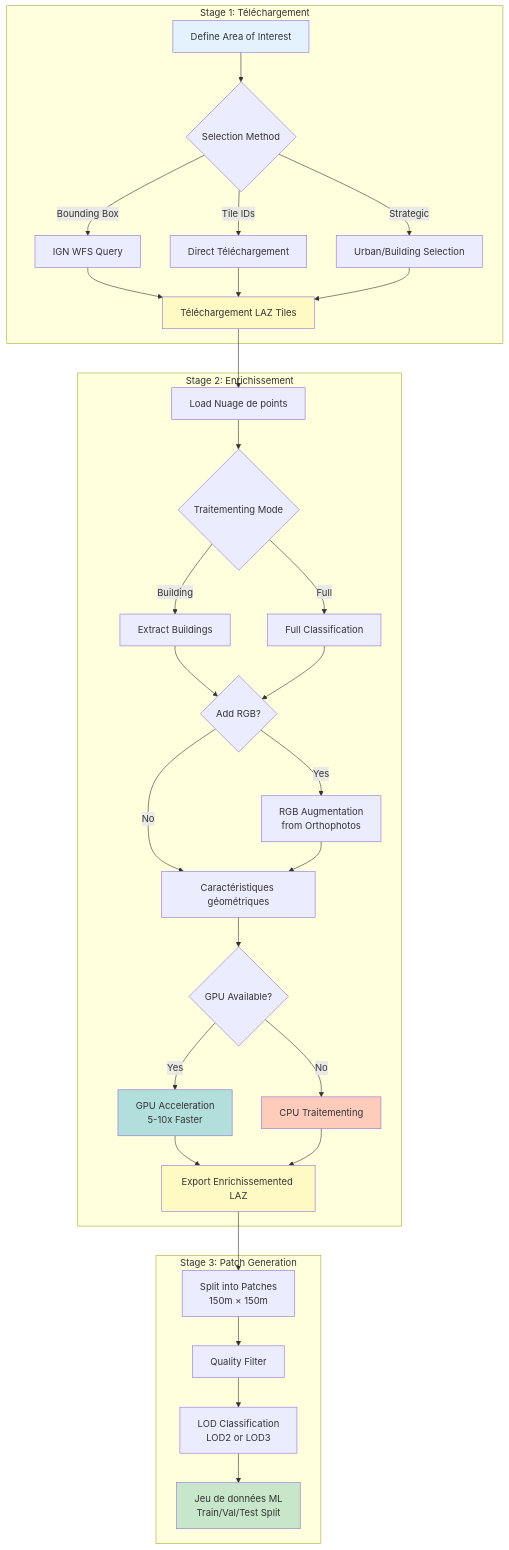
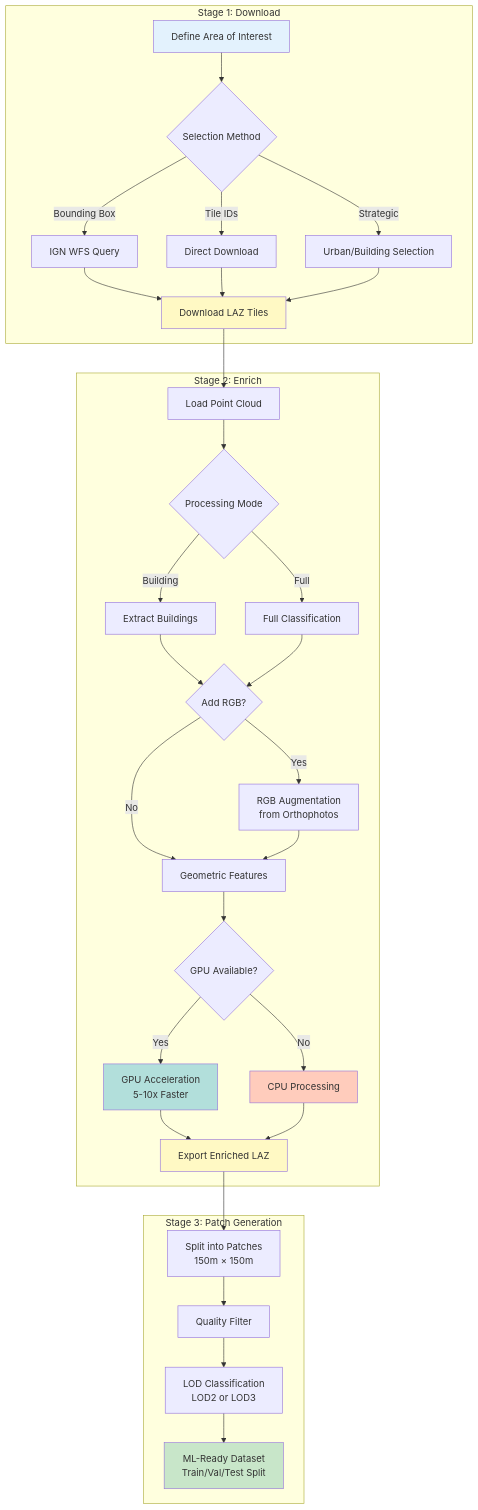
Before and after one commit to sducournau/IGN_LIDAR_HD_DATASET: the diagram in website/i18n/fr/docusaurus-plugin-content-docs/current/guides/complete-workflow.md, drawn with Mermaid. The commit also changed other lines of this file and 145 other files, not shown here.

````diff
--- a/website/i18n/fr/docusaurus-plugin-content-docs/current/guides/complete-workflow.md
+++ b/website/i18n/fr/docusaurus-plugin-content-docs/current/guides/complete-workflow.md
@@ -19,43 +29,43 @@
 ```mermaid
 flowchart TD
-    subgraph "Stage 1: Téléchargement"
+    subgraph "Stage 1: Download"
         A[Define Area of Interest] --> B{Selection Method}
         B -->|Bounding Box| C[IGN WFS Query]
-        B -->|Tile IDs| D[Direct Téléchargement]
+        B -->|Tile IDs| D[Direct Download]
         B -->|Strategic| E[Urban/Building Selection]
-        C --> F[Téléchargement LAZ Tiles]
+        C --> F[Download LAZ Tiles]
         D --> F
         E --> F
     end
 
-    subgraph "Stage 2: Enrichissement"
-        F --> G[Load Nuage de points]
-        G --> H{Traitementing Mode}
+    subgraph "Stage 2: Enrich"
+        F --> G[Load Point Cloud]
+        G --> H{Processing Mode}
         H -->|Building| I[Extract Buildings]
         H -->|Full| J[Full Classification]
         I --> K{Add RGB?}
         J --> K
         K -->|Yes| L[RGB Augmentation<br/>from Orthophotos]
-        K -->|No| M[Caractéristiques géométriques]
+        K -->|No| M[Geometric Features]
         L --> M
         M --> N{GPU Available?}
         N -->|Yes| O[GPU Acceleration<br/>5-10x Faster]
-        N -->|No| P[CPU Traitementing]
-        O --> Q[Export Enrichissemented LAZ]
+        N -->|No| P[CPU Processing]
+        O --> Q[Export Enriched LAZ]
         P --> Q
     end
 
     subgraph "Stage 3: Patch Generation"
         Q --> R[Split into Patches<br/>150m × 150m]
         R --> U[Quality Filter]
         U --> V[LOD Classification<br/>LOD2 or LOD3]
-        V --> W[Jeu de données ML<br/>Train/Val/Test Split]
+        V --> W[ML-Ready Dataset<br/>Train/Val/Test Split]
     end
 
     style A fill:#e3f2fd
     style F fill:#fff9c4
     style Q fill:#fff9c4
     style W fill:#c8e6c9
     style O fill:#b2dfdb
     style P fill:#ffccbc
 ```
````
